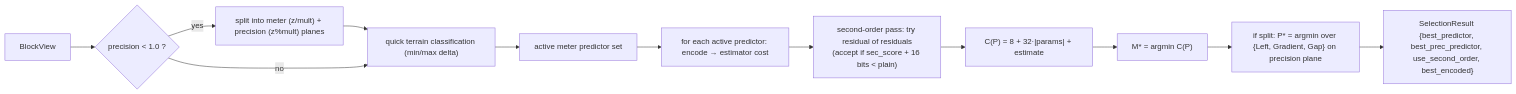
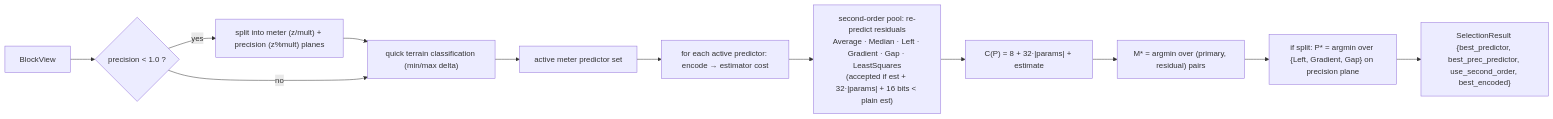
One commit to yashwk/libxtm changed the fourth of 10 diagrams in docs/pipeline.md. Above: the diagram before and after it, drawn with Mermaid. The commit also changed other lines of this file and 30 other files, not shown here.

````diff
--- a/docs/pipeline.md
+++ b/docs/pipeline.md
@@ -217,14 +218,14 @@
 ```mermaid
 flowchart LR
     B["BlockView"] --> SP{"precision < 1.0 ?"}
     SP -- yes --> SPLIT["split into meter (z/mult) + precision (z%mult) planes"]
     SPLIT --> CL
     SP -- no --> CL["quick terrain classification (min/max delta)"]
     CL --> ACT["active meter predictor set"]
     ACT --> EVAL["for each active predictor: encode → estimator cost"]
-    EVAL --> SO["second-order pass: try residual of residuals<br/>(accept if sec_score + 16 bits < plain)"]
+    EVAL --> SO["second-order pool: re-predict residuals<br/>Average · Median · Left · Gradient · Gap · LeastSquares<br/>(accepted if est + 32·|params| + 16 bits < plain est)"]
     SO --> COST["C(P) = 8 + 32·|params| + estimate"]
-    COST --> WIN["M* = argmin C(P)"]
+    COST --> WIN["M* = argmin over (primary, residual) pairs"]
     WIN --> PREC["if split: P* = argmin over {Left, Gradient, Gap} on precision plane"]
     PREC --> OUT["SelectionResult {best_predictor, best_prec_predictor, use_second_order, best_encoded}"]
 ```
````
